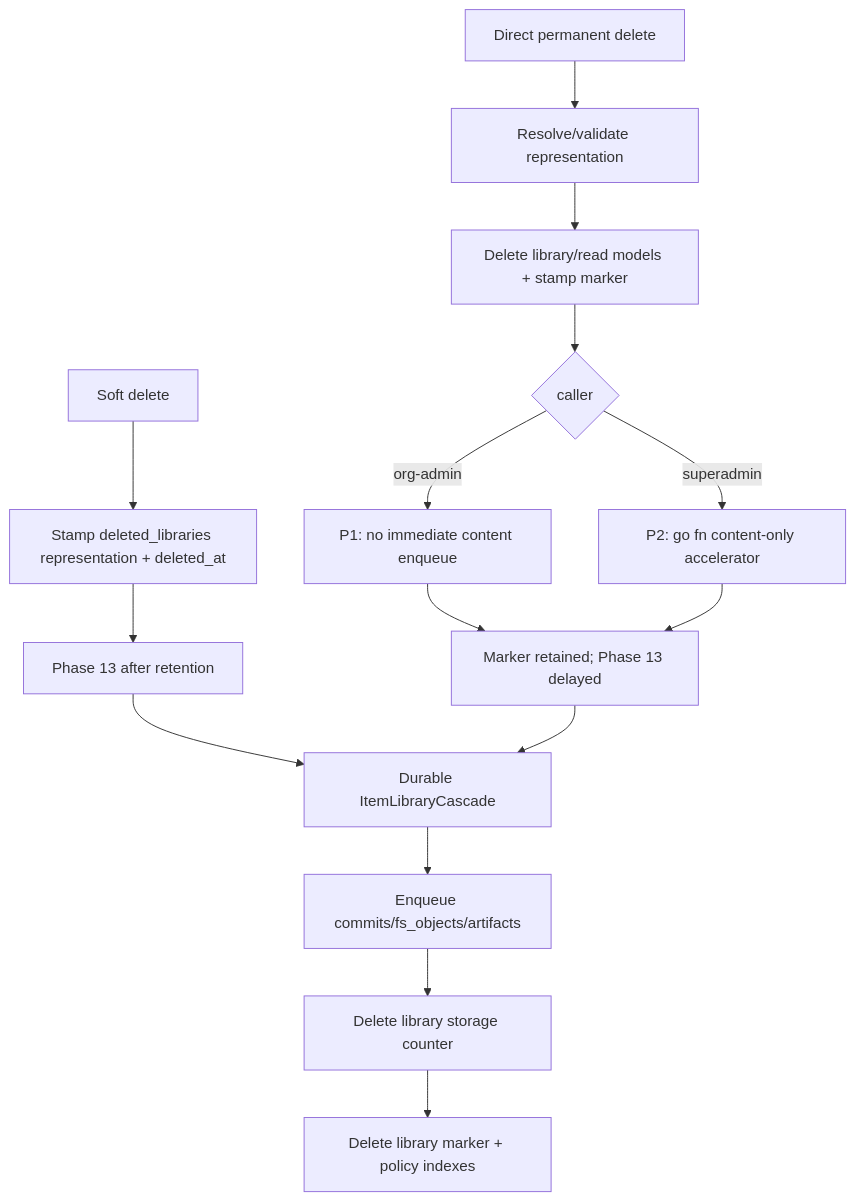
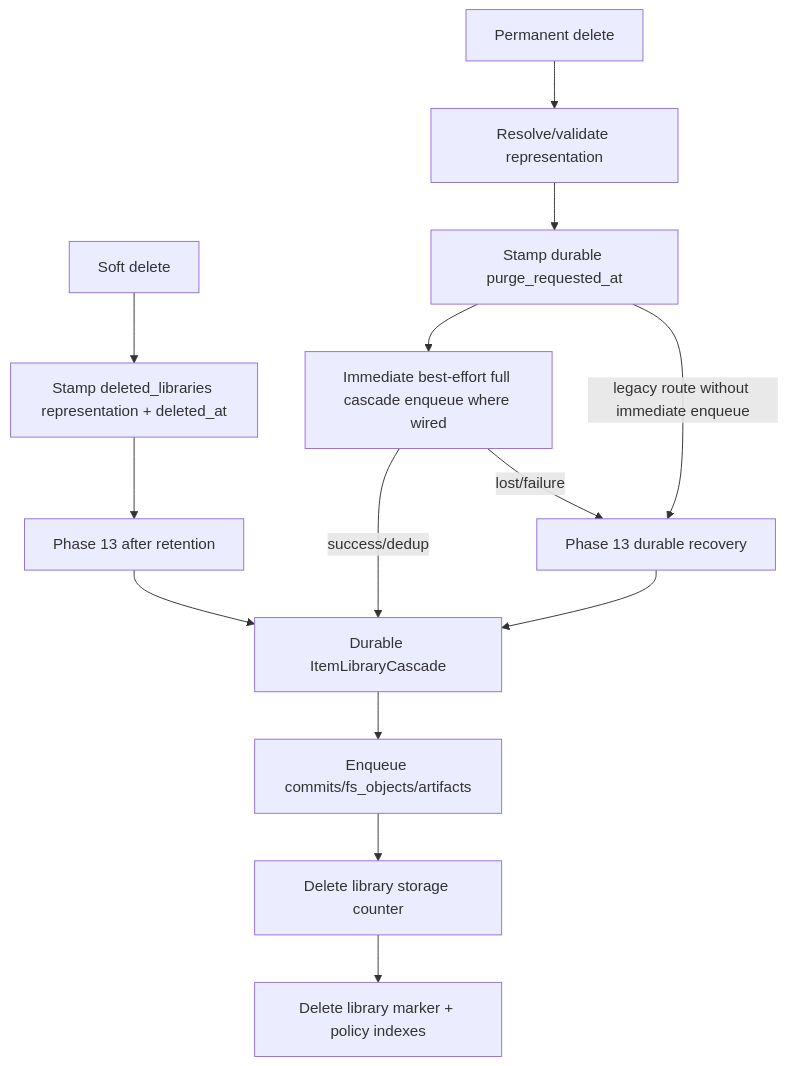
The fourth of 5 diagrams in docs/diagrams/gc-flow.md (Sesame-Disk/cool-storage-api), drawn with Mermaid before and after one commit. The commit also changed other lines of this file and 8 other files, not shown here.

````diff
--- a/docs/diagrams/gc-flow.md
+++ b/docs/diagrams/gc-flow.md
@@ -83,19 +110,18 @@
 ```mermaid
 flowchart TD
     Soft[Soft delete] --> Marker[Stamp deleted_libraries representation + deleted_at]
     Marker --> Retention[Phase 13 after retention]
     Retention --> LibCascade[Durable ItemLibraryCascade]
 
-    Permanent[Direct permanent delete] --> Resolve[Resolve/validate representation]
-    Resolve --> HardRows[Delete library/read models + stamp marker]
-    HardRows --> Route{caller}
-    Route -->|org-admin| NoImmediate[P1: no immediate content enqueue]
-    Route -->|superadmin| Async[P2: go fn content-only accelerator]
-    NoImmediate --> MarkerRescue[Marker retained; Phase 13 delayed]
-    Async --> MarkerRescue
-    MarkerRescue --> LibCascade
+    Permanent[Permanent delete] --> Resolve[Resolve/validate representation]
+    Resolve --> Purge[Stamp durable purge_requested_at]
+    Purge --> Immediate[Immediate best-effort full cascade enqueue where wired]
+    Immediate -->|success/dedup| LibCascade
+    Immediate -->|lost/failure| Recovery[Phase 13 durable recovery]
+    Purge -->|legacy route without immediate enqueue| Recovery
+    Recovery --> LibCascade
 
     LibCascade --> Enumerate[Enqueue commits/fs_objects/artifacts]
     Enumerate --> Counter[Delete library storage counter]
     Counter --> Final[Delete library marker + policy indexes]
 ```
````
